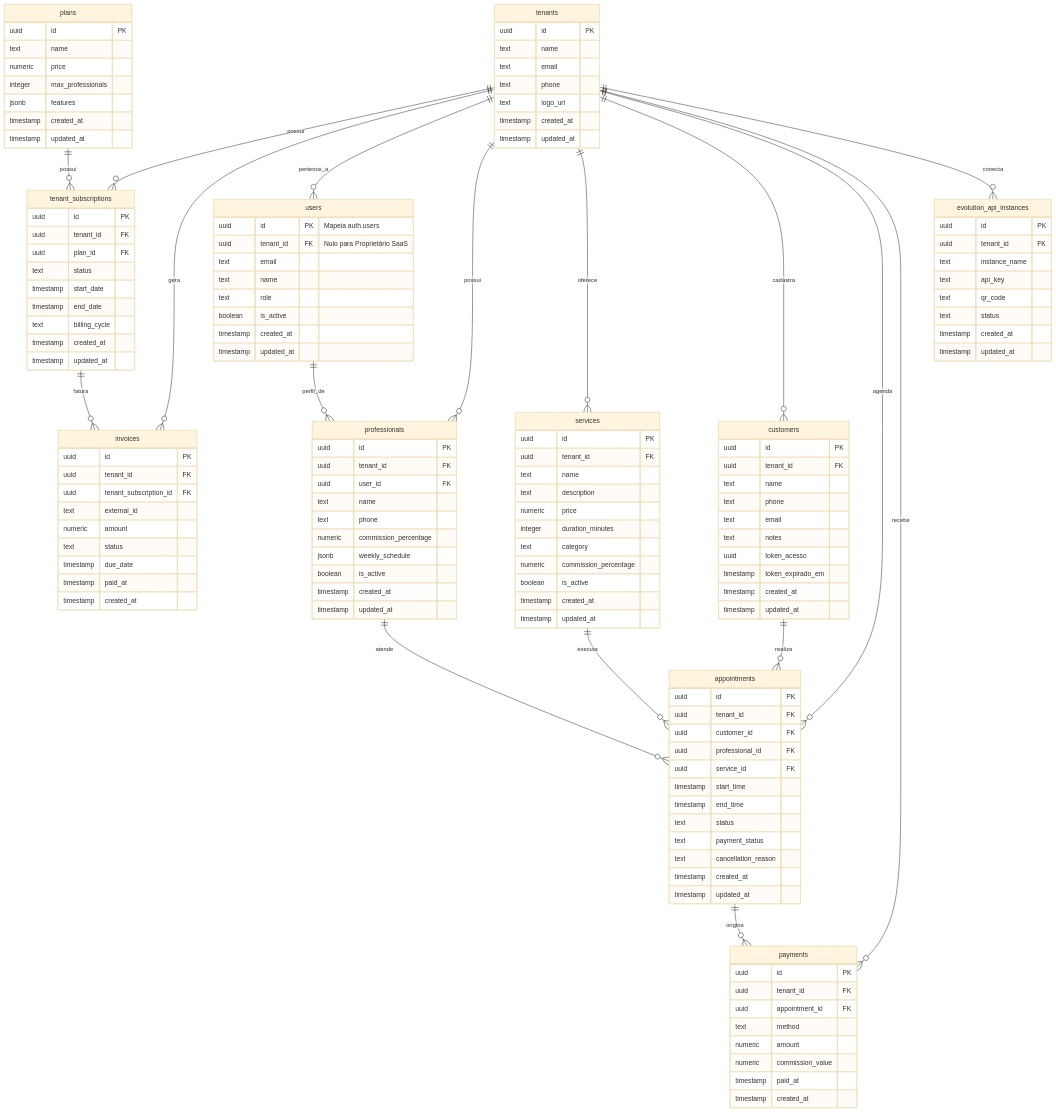
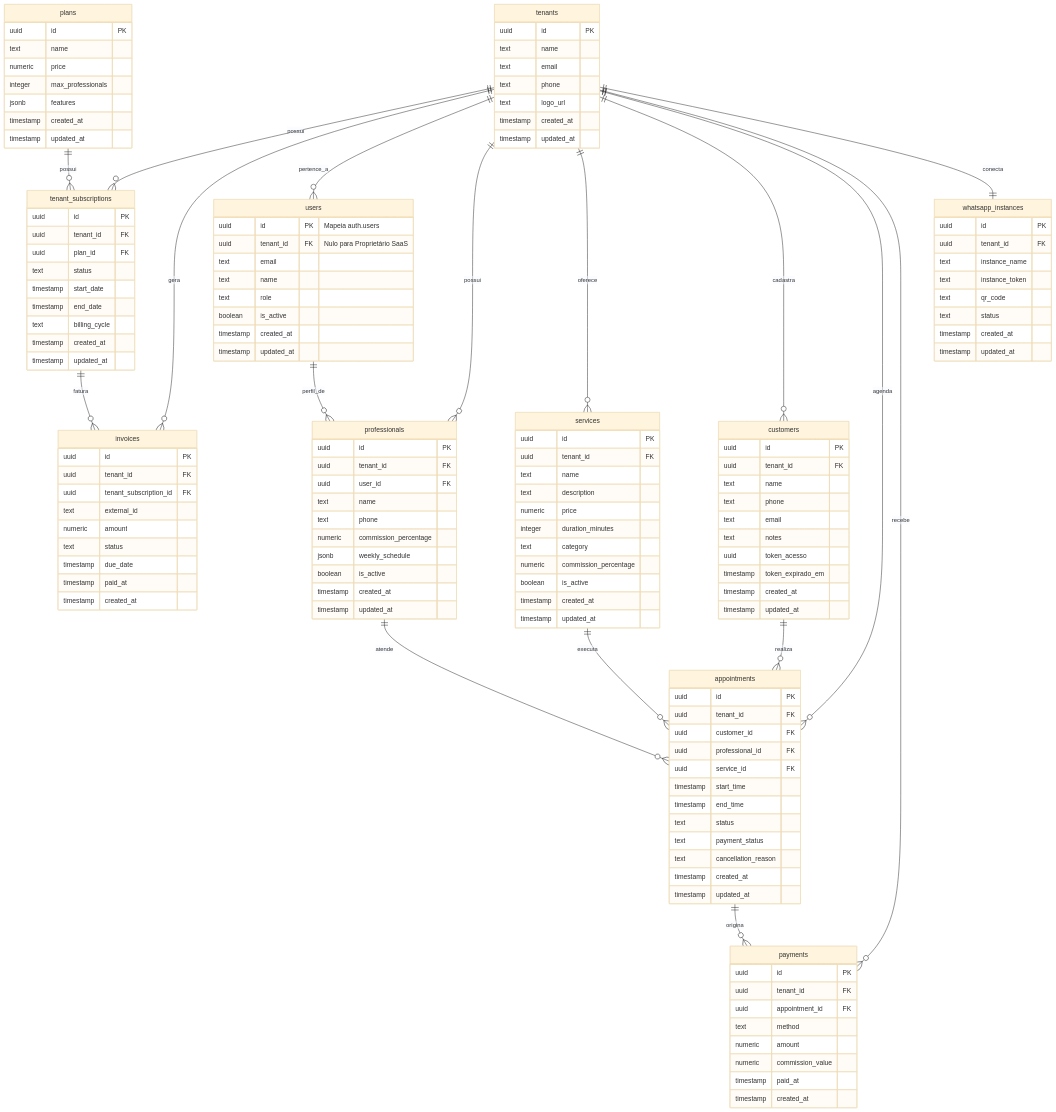
Before and after one commit to Resp94/navalhado: the diagram in docs/modelagem_banco.md, drawn with Mermaid (base theme). The commit also changed other lines of this file and 10 other files, not shown here.

```diff
--- a/docs/modelagem_banco.md
+++ b/docs/modelagem_banco.md
@@ -25,7 +27,7 @@
     services ||--o{ appointments : "executa"
     tenants ||--o{ payments : "recebe"
     appointments ||--o{ payments : "origina"
-    tenants ||--o{ evolution_api_instances : "conecta"
+    tenants ||--|| whatsapp_instances : "conecta"
 
     plans {
         uuid id PK
@@ -148,11 +150,11 @@
         timestamp created_at
     }
 
-    evolution_api_instances {
+    whatsapp_instances {
         uuid id PK
         uuid tenant_id FK
         text instance_name
-        text api_key
+        text instance_token
         text qr_code
         text status
         timestamp created_at
```
